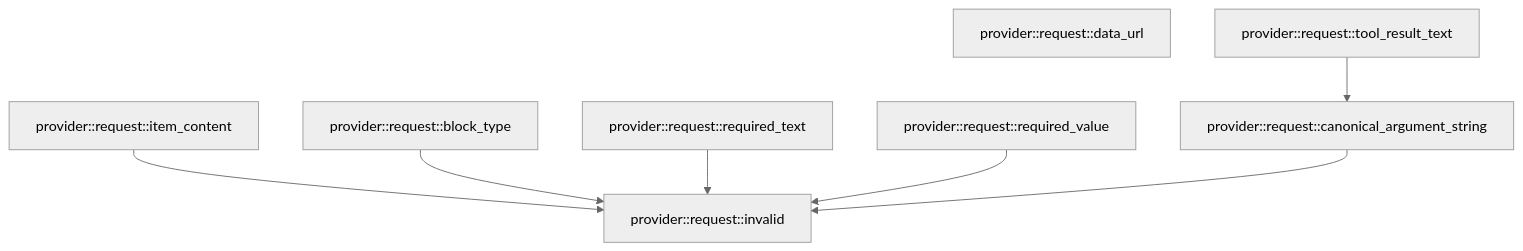
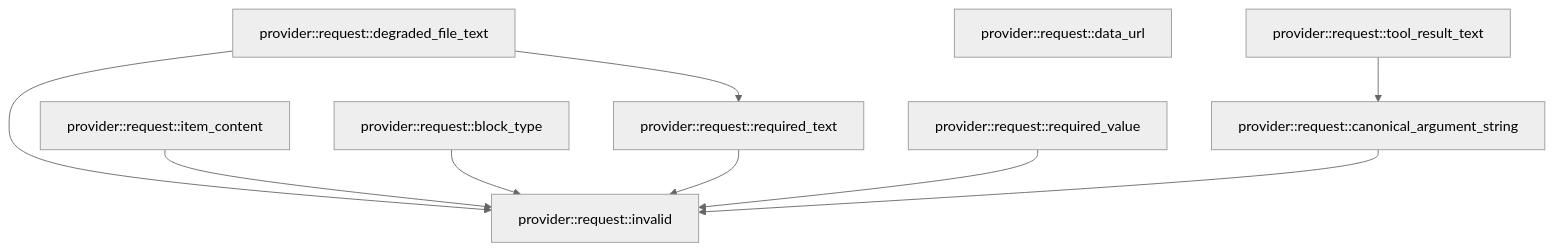
One commit to TekesApps/TekesKernel changed the third of 3 diagrams in crates/provider/docs/generated/src--request.md. Above: the diagram before and after it, drawn with Mermaid (neutral theme). The commit also changed other lines of this file and 87 other files, not shown here.

Commit message:
fix(schema,profile,provider,worker,supervisor,endpoint,docs): preserve supervisor_lost, mark admitted steer consumed, align v4 client contract, and gate automatic title (#168, #148, #147, #160, #161)

````diff
--- a/crates/provider/docs/generated/src--request.md
+++ b/crates/provider/docs/generated/src--request.md
@@ -266,17 +269,20 @@
 ```mermaid
 flowchart TD
-  n0["provider::request::data_url"]
-  n1["provider::request::item_content"]
-  n2["provider::request::block_type"]
-  n3["provider::request::required_text"]
-  n4["provider::request::required_value"]
-  n5["provider::request::tool_result_text"]
-  n6["provider::request::canonical_argument_string"]
-  n7["provider::request::invalid"]
-  n1 --> n7
-  n2 --> n7
-  n3 --> n7
-  n4 --> n7
-  n5 --> n6
+  n0["provider::request::degraded_file_text"]
+  n1["provider::request::data_url"]
+  n2["provider::request::item_content"]
+  n3["provider::request::block_type"]
+  n4["provider::request::required_text"]
+  n5["provider::request::required_value"]
+  n6["provider::request::tool_result_text"]
+  n7["provider::request::canonical_argument_string"]
+  n8["provider::request::invalid"]
+  n0 --> n4
+  n0 --> n8
+  n2 --> n8
+  n3 --> n8
+  n4 --> n8
+  n5 --> n8
   n6 --> n7
+  n7 --> n8
 ```
````
